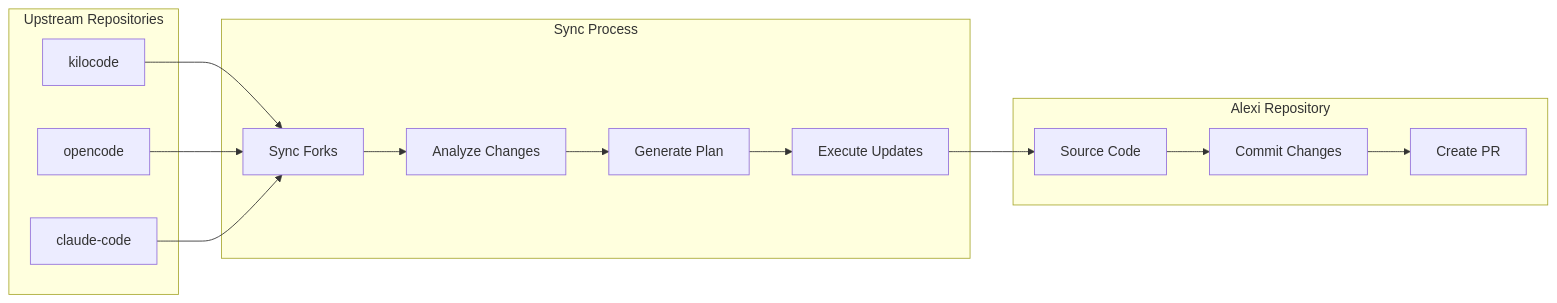
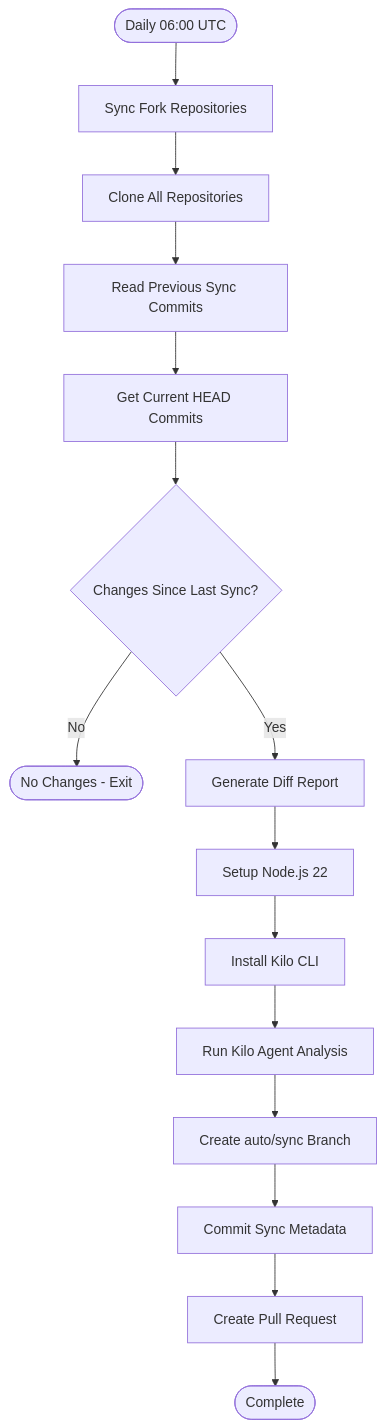
Before and after one commit to ausardcompany/alexi: the third of 7 diagrams in docs/AUTOMATION.md, drawn with Mermaid. The commit also changed other lines of this file and 6 other files, not shown here.

Commit message:
docs: auto-generate documentation [skip ci] [alexi-bot]

````diff
--- a/docs/AUTOMATION.md
+++ b/docs/AUTOMATION.md
@@ -145,31 +117,20 @@
 ```mermaid
-graph LR
-    subgraph Upstream["Upstream Repositories"]
-        Kilo[kilocode]
-        Open[opencode]
-        Claude[claude-code]
-    end
-    
-    subgraph Sync["Sync Process"]
-        Fork[Sync Forks]
-        Analyze[Analyze Changes]
-        Plan[Generate Plan]
-        Execute[Execute Updates]
-    end
-    
-    subgraph Alexi["Alexi Repository"]
-        Code[Source Code]
-        Commit[Commit Changes]
-        PR[Create PR]
-    end
-    
-    Kilo --> Fork
-    Open --> Fork
-    Claude --> Fork
-    Fork --> Analyze
-    Analyze --> Plan
-    Plan --> Execute
-    Execute --> Code
-    Code --> Commit
-    Commit --> PR
+flowchart TB
+    Start([Daily 06:00 UTC]) --> SyncForks[Sync Fork Repositories]
+    SyncForks --> CloneRepos[Clone All Repositories]
+    CloneRepos --> ReadPrevCommits[Read Previous Sync Commits]
+    ReadPrevCommits --> GetCurrentHeads[Get Current HEAD Commits]
+    GetCurrentHeads --> CheckChanges{Changes Since Last Sync?}
+
+    CheckChanges -->|No| Done([No Changes - Exit])
+    CheckChanges -->|Yes| GenerateDiff[Generate Diff Report]
+
+    GenerateDiff --> SetupNode[Setup Node.js 22]
+    SetupNode --> InstallKilo[Install Kilo CLI]
+    InstallKilo --> RunAnalysis[Run Kilo Agent Analysis]
+
+    RunAnalysis --> CreateBranch[Create auto/sync Branch]
+    CreateBranch --> CommitChanges[Commit Sync Metadata]
+    CommitChanges --> CreatePR[Create Pull Request]
+    CreatePR --> Done2([Complete])
 ```
````
